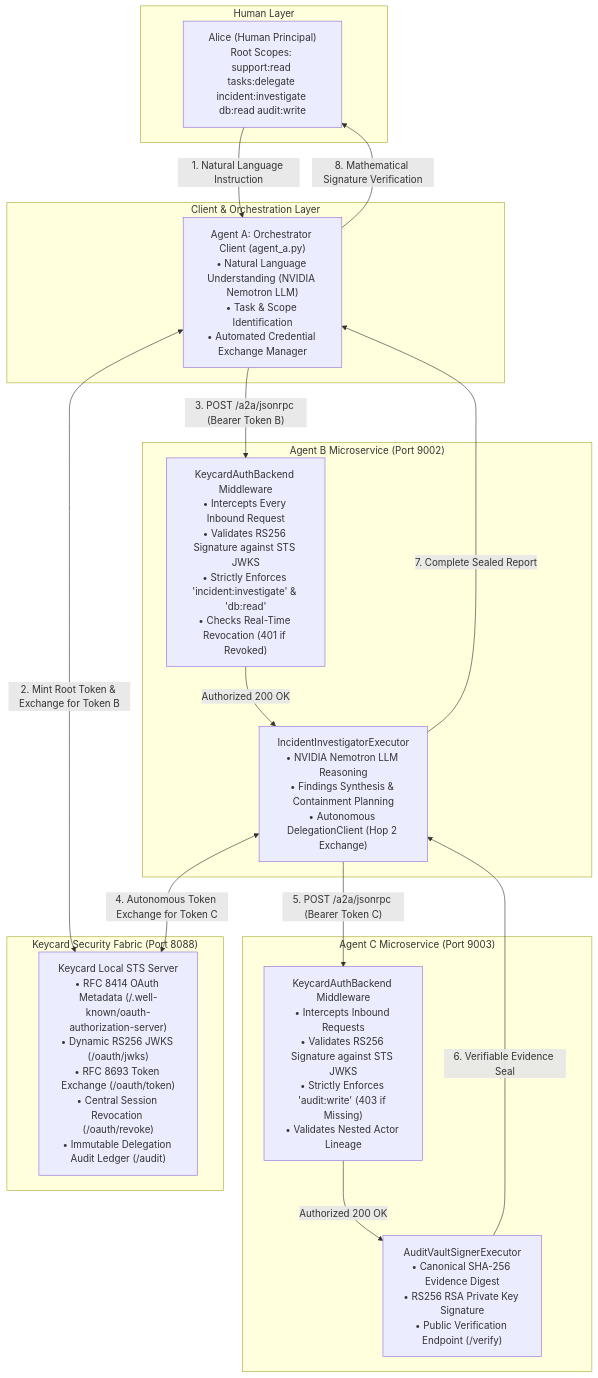
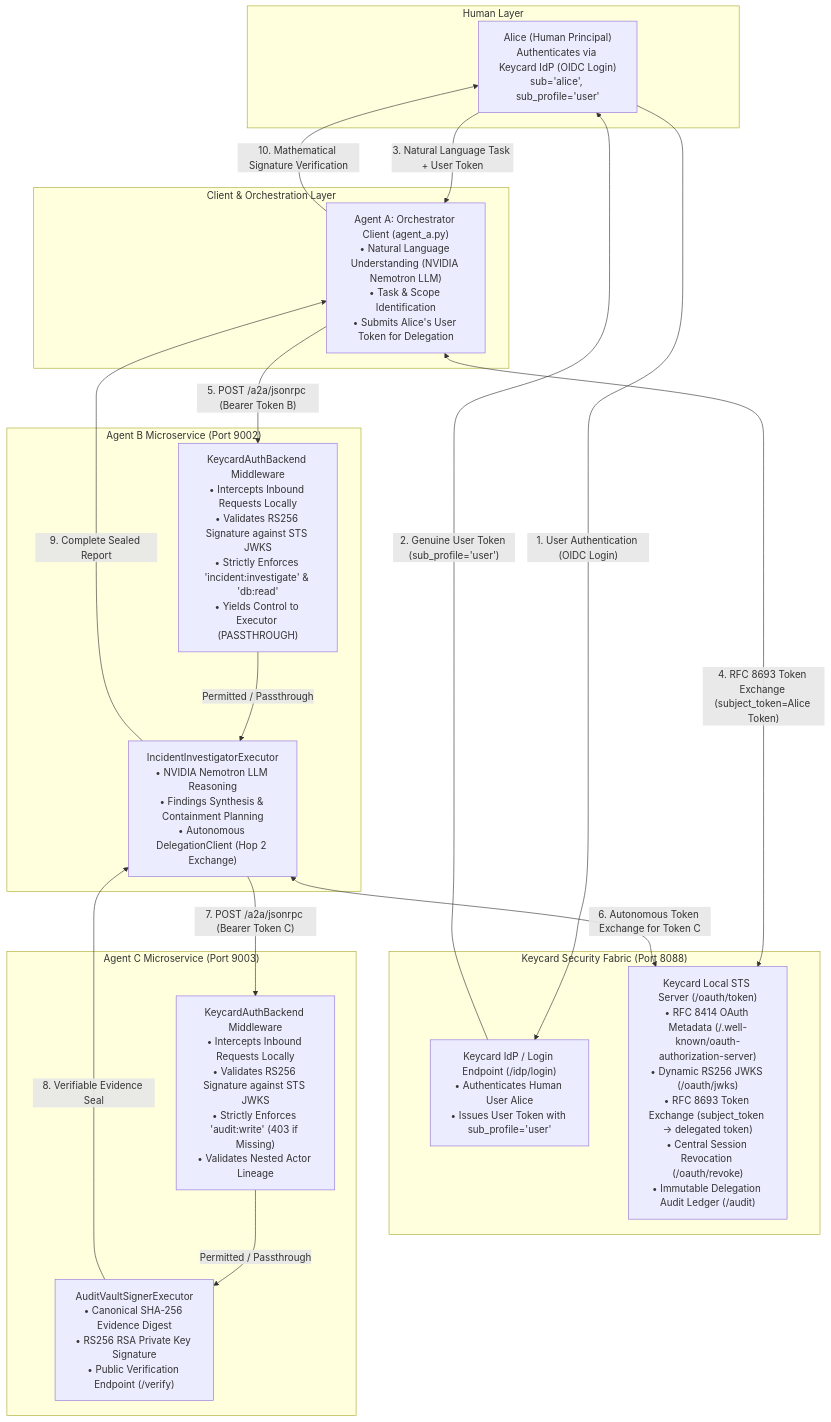
The first of 3 diagrams in keycard/README.md (Esha420/ax_substrate_test), drawn with Mermaid before and after one commit. The commit also changed other lines of this file and 6 other files, not shown here.

````diff
--- a/keycard/README.md
+++ b/keycard/README.md
@@ -11,35 +11,38 @@
 ```mermaid
 flowchart TD
     subgraph Human["Human Layer"]
-        Alice["Alice (Human Principal)\nRoot Scopes: support:read tasks:delegate incident:investigate db:read audit:write"]
+        Alice["Alice (Human Principal)\nAuthenticates via Keycard IdP (OIDC Login)\nsub='alice', sub_profile='user'"]
     end
 
     subgraph Orchestration["Client & Orchestration Layer"]
-        AgentA["Agent A: Orchestrator Client (agent_a.py)\n• Natural Language Understanding (NVIDIA Nemotron LLM)\n• Task & Scope Identification\n• Automated Credential Exchange Manager"]
+        AgentA["Agent A: Orchestrator Client (agent_a.py)\n• Natural Language Understanding (NVIDIA Nemotron LLM)\n• Task & Scope Identification\n• Submits Alice's User Token for Delegation"]
     end
 
     subgraph SecurityFabric["Keycard Security Fabric (Port 8088)"]
-        STS["Keycard Local STS Server\n• RFC 8414 OAuth Metadata (/.well-known/oauth-authorization-server)\n• Dynamic RS256 JWKS (/oauth/jwks)\n• RFC 8693 Token Exchange (/oauth/token)\n• Central Session Revocation (/oauth/revoke)\n• Immutable Delegation Audit Ledger (/audit)"]
+        IdP["Keycard IdP / Login Endpoint (/idp/login)\n• Authenticates Human User Alice\n• Issues User Token with sub_profile='user'"]
+        STS["Keycard Local STS Server (/oauth/token)\n• RFC 8414 OAuth Metadata (/.well-known/oauth-authorization-server)\n• Dynamic RS256 JWKS (/oauth/jwks)\n• RFC 8693 Token Exchange (subject_token -> delegated token)\n• Central Session Revocation (/oauth/revoke)\n• Immutable Delegation Audit Ledger (/audit)"]
     end
 
     subgraph AgentB_Service["Agent B Microservice (Port 9002)"]
-        B_MW["KeycardAuthBackend Middleware\n• Intercepts Every Inbound Request\n• Validates RS256 Signature against STS JWKS\n• Strictly Enforces 'incident:investigate' & 'db:read'\n• Checks Real-Time Revocation (401 if Revoked)"]
+        B_MW["KeycardAuthBackend Middleware\n• Intercepts Inbound Requests Locally\n• Validates RS256 Signature against STS JWKS\n• Strictly Enforces 'incident:investigate' & 'db:read'\n• Yields Control to Executor (PASSTHROUGH)"]
         B_EXEC["IncidentInvestigatorExecutor\n• NVIDIA Nemotron LLM Reasoning\n• Findings Synthesis & Containment Planning\n• Autonomous DelegationClient (Hop 2 Exchange)"]
-        B_MW -->|Authorized 200 OK| B_EXEC
+        B_MW -->|Permitted / Passthrough| B_EXEC
     end
 
     subgraph AgentC_Service["Agent C Microservice (Port 9003)"]
-        C_MW["KeycardAuthBackend Middleware\n• Intercepts Inbound Requests\n• Validates RS256 Signature against STS JWKS\n• Strictly Enforces 'audit:write' (403 if Missing)\n• Validates Nested Actor Lineage"]
+        C_MW["KeycardAuthBackend Middleware\n• Intercepts Inbound Requests Locally\n• Validates RS256 Signature against STS JWKS\n• Strictly Enforces 'audit:write' (403 if Missing)\n• Validates Nested Actor Lineage"]
         C_EXEC["AuditVaultSignerExecutor\n• Canonical SHA-256 Evidence Digest\n• RS256 RSA Private Key Signature\n• Public Verification Endpoint (/verify)"]
-        C_MW -->|Authorized 200 OK| C_EXEC
+        C_MW -->|Permitted / Passthrough| C_EXEC
     end
 
-    Alice -->|"1. Natural Language Instruction"| AgentA
-    AgentA <-->|"2. Mint Root Token & Exchange for Token B"| STS
-    AgentA -->|"3. POST /a2a/jsonrpc (Bearer Token B)"| B_MW
-    B_EXEC <-->|"4. Autonomous Token Exchange for Token C"| STS
-    B_EXEC -->|"5. POST /a2a/jsonrpc (Bearer Token C)"| C_MW
-    C_EXEC -->|"6. Verifiable Evidence Seal"| B_EXEC
-    B_EXEC -->|"7. Complete Sealed Report"| AgentA
-    AgentA -->|"8. Mathematical Signature Verification"| Alice
+    Alice -->|"1. User Authentication (OIDC Login)"| IdP
+    IdP -->|"2. Genuine User Token (sub_profile='user')"| Alice
+    Alice -->|"3. Natural Language Task + User Token"| AgentA
+    AgentA <-->|"4. RFC 8693 Token Exchange (subject_token=Alice Token)"| STS
+    AgentA -->|"5. POST /a2a/jsonrpc (Bearer Token B)"| B_MW
+    B_EXEC <-->|"6. Autonomous Token Exchange for Token C"| STS
+    B_EXEC -->|"7. POST /a2a/jsonrpc (Bearer Token C)"| C_MW
+    C_EXEC -->|"8. Verifiable Evidence Seal"| B_EXEC
+    B_EXEC -->|"9. Complete Sealed Report"| AgentA
+    AgentA -->|"10. Mathematical Signature Verification"| Alice
 ```
````
